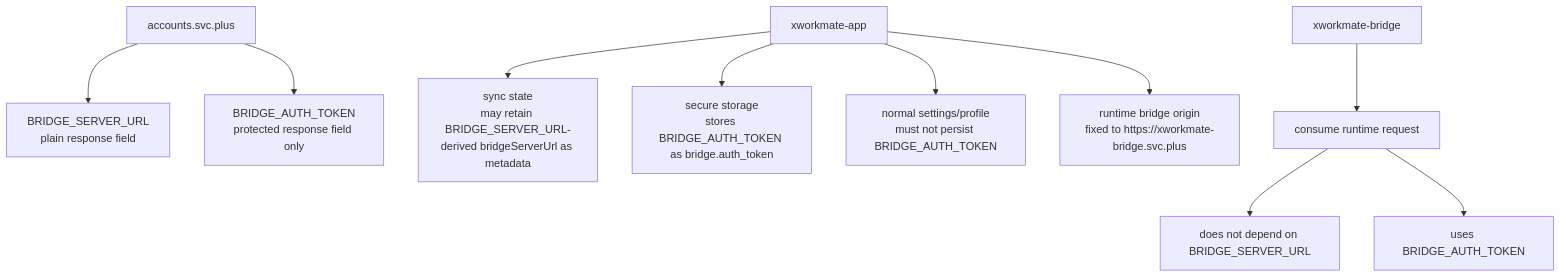
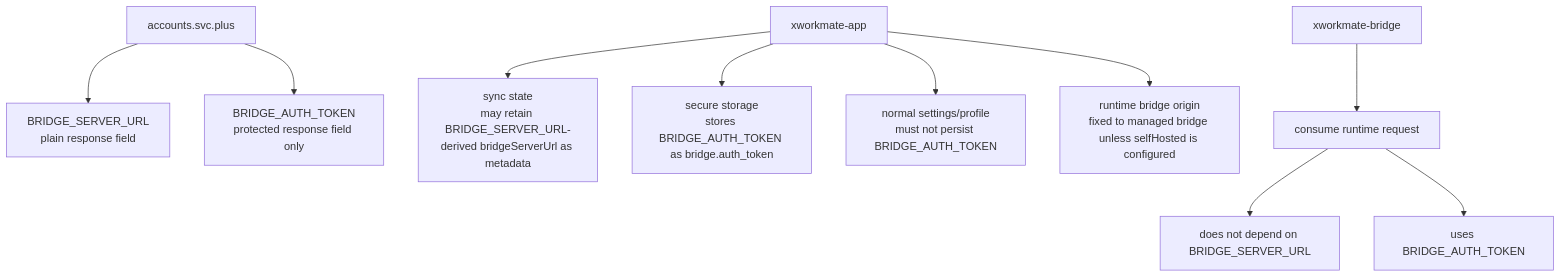
One commit to ai-workspace-lab/xworkmate-app changed the second of 4 diagrams in docs/testing/bridge-sync-contract-chain.md. Above: the diagram before and after it, drawn with Mermaid. The commit also changed other lines of this file and 7 other files, not shown here.

````diff
--- a/docs/testing/bridge-sync-contract-chain.md
+++ b/docs/testing/bridge-sync-contract-chain.md
@@ -36,14 +34,14 @@
 ```mermaid
 flowchart TD
     A["accounts.svc.plus"] --> A1["BRIDGE_SERVER_URL\nplain response field"]
     A --> A2["BRIDGE_AUTH_TOKEN\nprotected response field only"]
 
     B["xworkmate-app"] --> B1["sync state\nmay retain BRIDGE_SERVER_URL-derived bridgeServerUrl as metadata"]
     B --> B2["secure storage\nstores BRIDGE_AUTH_TOKEN as bridge.auth_token"]
     B --> B3["normal settings/profile\nmust not persist BRIDGE_AUTH_TOKEN"]
-    B --> B4["runtime bridge origin\nfixed to https://xworkmate-bridge.svc.plus"]
+    B --> B4["runtime bridge origin\nfixed to managed bridge unless selfHosted is configured"]
 
     C["xworkmate-bridge"] --> C1["consume runtime request"]
     C1 --> C2["does not depend on BRIDGE_SERVER_URL"]
     C1 --> C3["uses BRIDGE_AUTH_TOKEN"]
 ```
````
